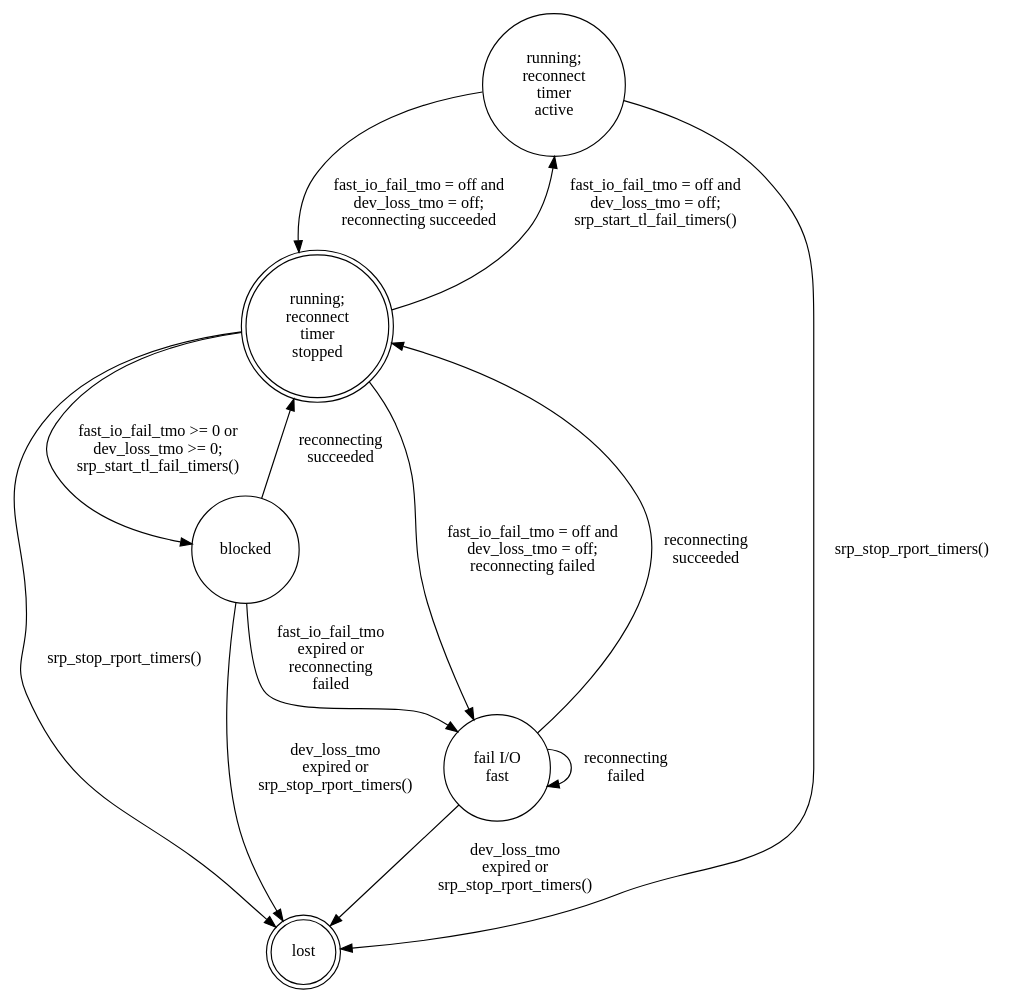
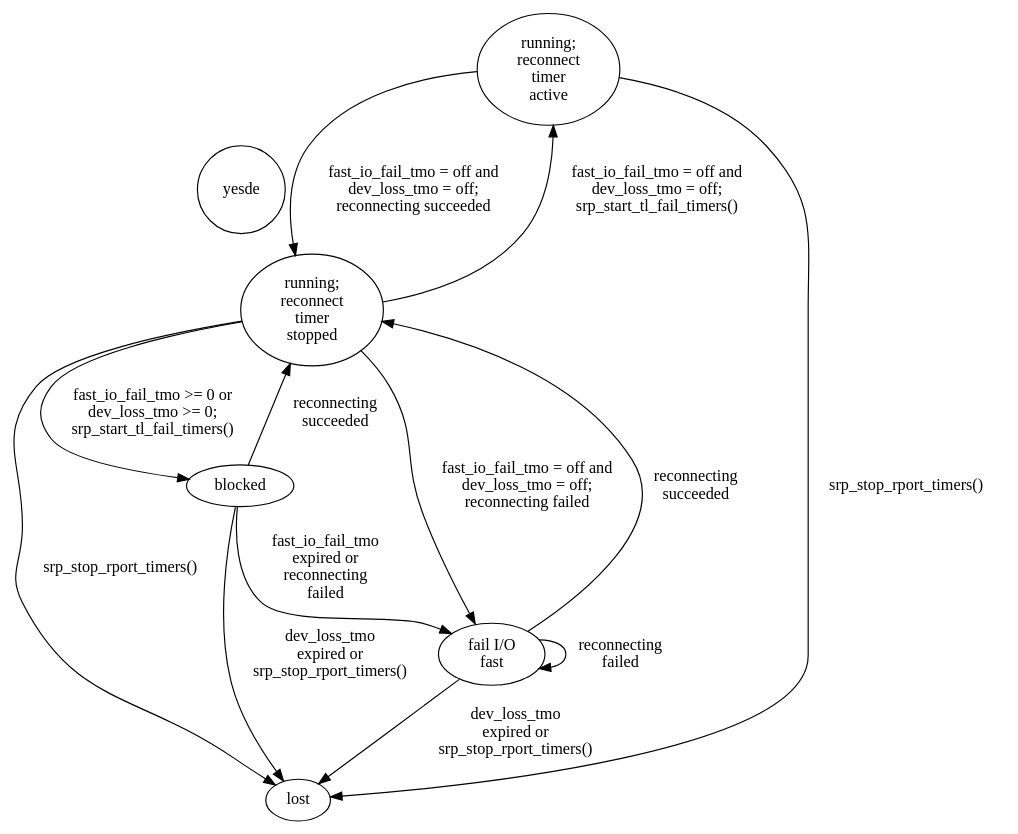
Before and after one commit to torvalds/linux: the diagram in Documentation/scsi/scsi_transport_srp/rport_state_diagram.dot, drawn with Graphviz. The commit also changed 46293 other files, not shown here.

```diff
--- a/Documentation/scsi/scsi_transport_srp/rport_state_diagram.dot
+++ b/Documentation/scsi/scsi_transport_srp/rport_state_diagram.dot
@@ -1,26 +1,26 @@
 digraph srp_initiator {
-	node [shape = doublecircle]; running lost;
-	node [shape = circle];
+	yesde [shape = doublecircle]; running lost;
+	yesde [shape = circle];
 
 	{
 	  rank = min;
 	  running_rta	[ label = "running;\nreconnect\ntimer\nactive" ];
 	};
 	running		[ label = "running;\nreconnect\ntimer\nstopped" ];
 	blocked;
 	failfast	[ label = "fail I/O\nfast" ];
 	lost;
 
 	running -> running_rta		[ label = "fast_io_fail_tmo = off and\ndev_loss_tmo = off;\nsrp_start_tl_fail_timers()" ];
 	running_rta -> running		[ label = "fast_io_fail_tmo = off and\ndev_loss_tmo = off;\nreconnecting succeeded" ];
 	running -> blocked		[ label = "fast_io_fail_tmo >= 0 or\ndev_loss_tmo >= 0;\nsrp_start_tl_fail_timers()" ];
 	running -> failfast		[ label = "fast_io_fail_tmo = off and\ndev_loss_tmo = off;\nreconnecting failed\n" ];
 	blocked -> failfast		[ label = "fast_io_fail_tmo\nexpired or\nreconnecting\nfailed" ];
 	blocked -> lost			[ label = "dev_loss_tmo\nexpired or\nsrp_stop_rport_timers()" ];
 	failfast -> lost		[ label = "dev_loss_tmo\nexpired or\nsrp_stop_rport_timers()" ];
 	blocked -> running		[ label = "reconnecting\nsucceeded" ];
 	failfast -> failfast		[ label = "reconnecting\nfailed" ];
 	failfast -> running		[ label = "reconnecting\nsucceeded" ];
 	running -> lost			[ label = "srp_stop_rport_timers()" ];
 	running_rta -> lost		[ label = "srp_stop_rport_timers()" ];
 }
```
